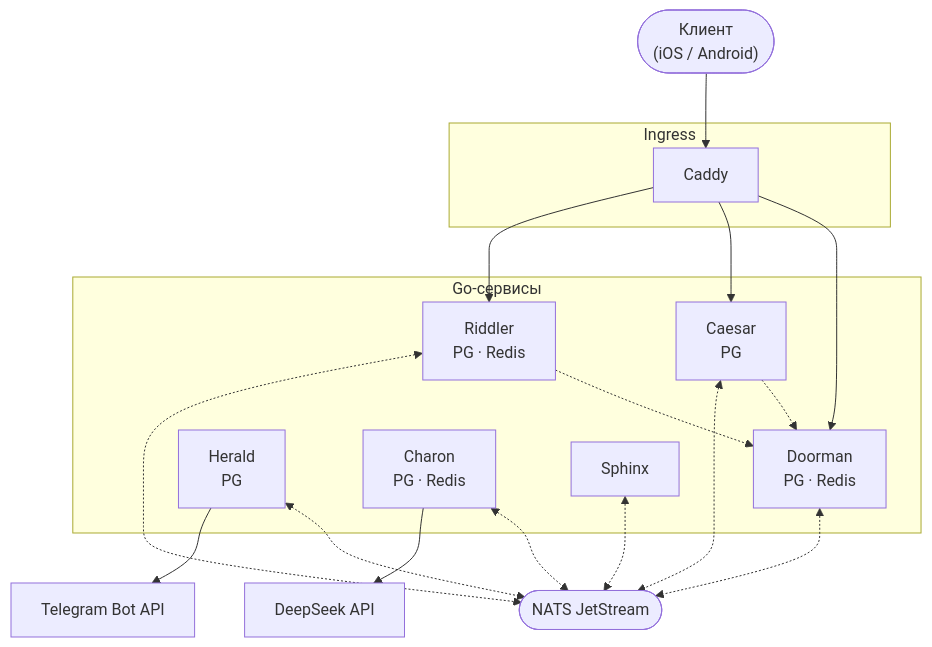
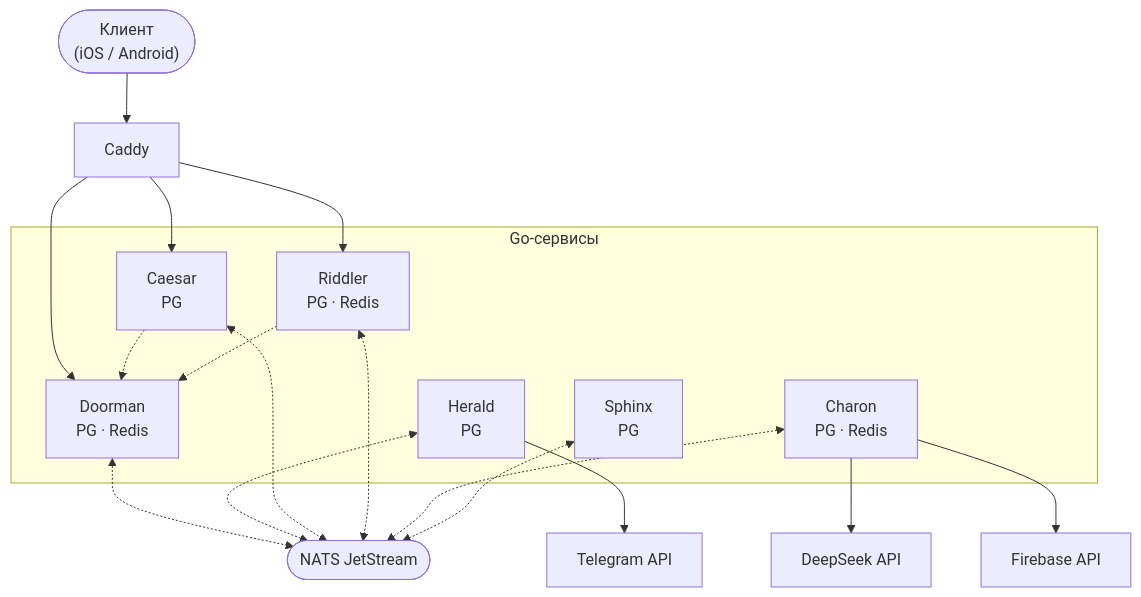
The diagram in README.md (OlympGuideTeam/edium-backend), drawn with Mermaid before and after one commit. The commit also changed other lines of this file, not shown here.

````diff
--- a/README.md
+++ b/README.md
@@ -7,30 +7,30 @@
 ```mermaid
 flowchart TD
     Client(["Клиент\n(iOS / Android)"])
     NATS(["NATS JetStream"])
-    TG["Telegram Bot API"]
+    TG["Telegram API"]
     DS["DeepSeek API"]
+    Firebase["Firebase API"]
 
-    subgraph ingress ["Ingress"]
-        Caddy["Caddy"]
-    end
+    Caddy["Caddy"]
 
     subgraph services ["Go-сервисы"]
         Doorman["Doorman\nPG · Redis"]
         Caesar["Caesar\nPG"]
         Riddler["Riddler\nPG · Redis"]
         Herald["Herald\nPG"]
         Charon["Charon\nPG · Redis"]
-        Sphinx["Sphinx"]
+        Sphinx["Sphinx\nPG"]
     end
 
     Client --> Caddy
     Caddy --> Doorman & Caesar & Riddler
 
     Caesar & Riddler -.-> Doorman
 
     Doorman & Herald & Caesar & Riddler & Charon & Sphinx <-.-> NATS
 
     Herald --> TG
     Charon --> DS
+    Charon --> Firebase
 ```
````
